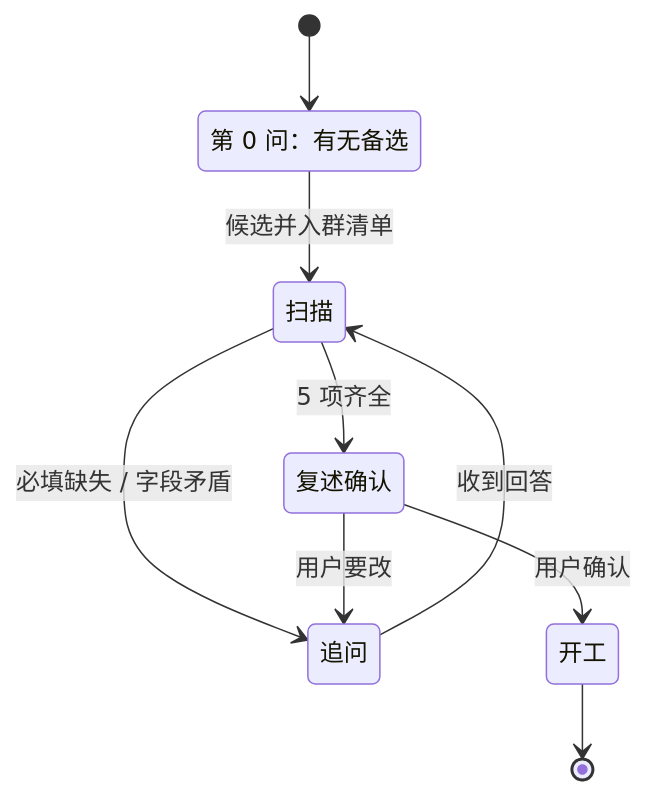
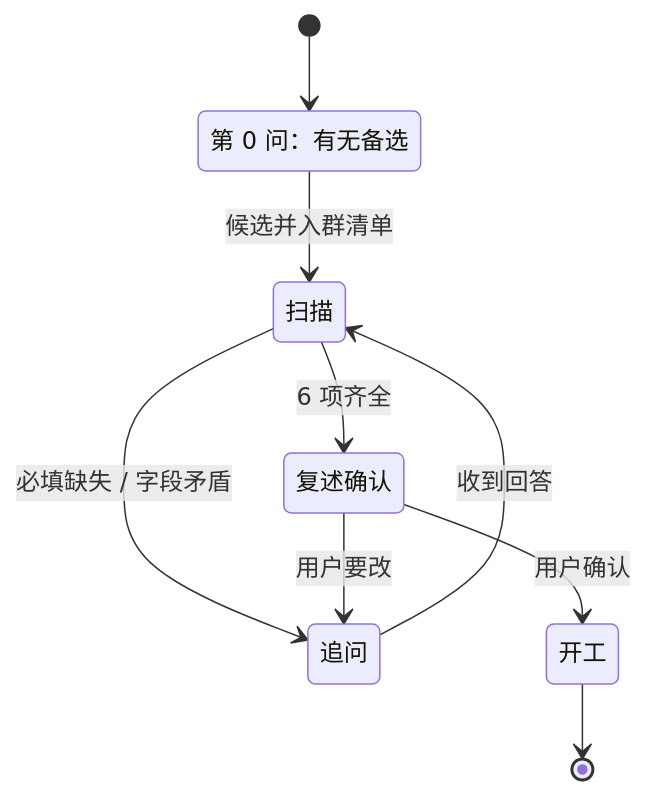
The diagram in travel-recommend/SKILL.md (ghost-him/chinese-travel-recommend), drawn with Mermaid before and after one commit. The commit also changed other lines of this file and 21 other files, not shown here.

````diff
--- a/travel-recommend/SKILL.md
+++ b/travel-recommend/SKILL.md
@@ -101,12 +149,12 @@
 ```mermaid
 stateDiagram-v2
   state "第 0 问：有无备选" as Q0
   [*] --> Q0
   Q0 --> 扫描: 候选并入群清单
   扫描 --> 追问: 必填缺失 / 字段矛盾
   追问 --> 扫描: 收到回答
-  扫描 --> 复述确认: 5 项齐全
+  扫描 --> 复述确认: 6 项齐全
   复述确认 --> 追问: 用户要改
   复述确认 --> 开工: 用户确认
   开工 --> [*]
 ```
````
